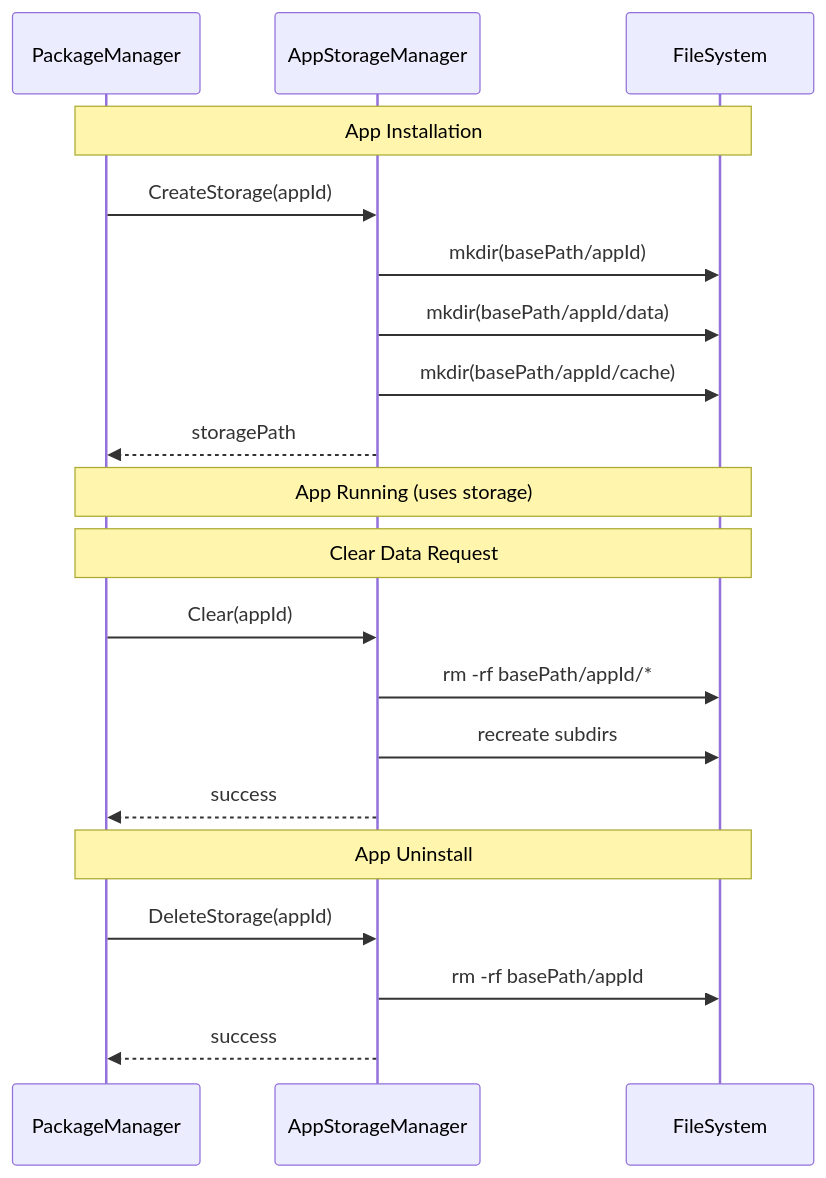
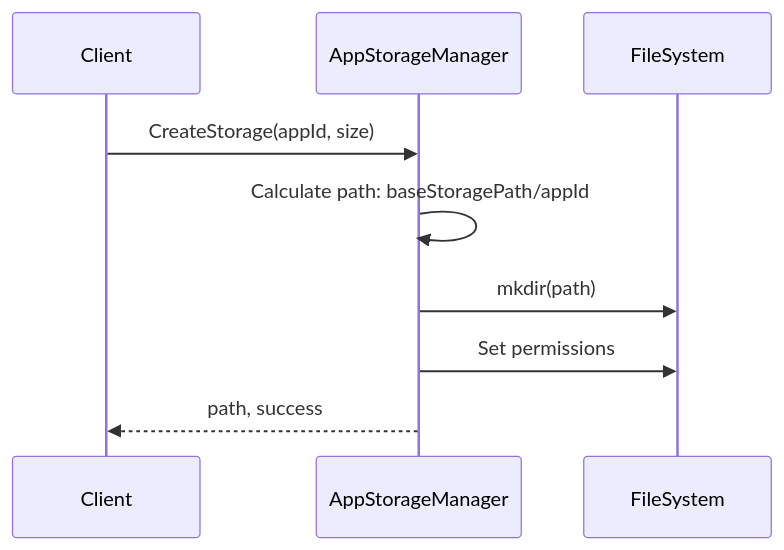
One commit to rdkcentral/entservices-appmanagers changed the second of 4 diagrams in AppStorageManager/AppStorageManager.md. Above: the diagram before and after it, drawn with Mermaid. The commit also changed other lines of this file and 19 other files, not shown here.

````diff
--- a/AppStorageManager/AppStorageManager.md
+++ b/AppStorageManager/AppStorageManager.md
@@ -139,26 +130,12 @@
 ```mermaid
 sequenceDiagram
-    participant PkgMgr as PackageManager
-    participant AppStorMgr as AppStorageManager
+    participant Client
+    participant ASM as AppStorageManager
     participant FS as FileSystem
 
-    Note over PkgMgr,FS: App Installation
-    PkgMgr->>AppStorMgr: CreateStorage(appId)
-    AppStorMgr->>FS: mkdir(basePath/appId)
-    AppStorMgr->>FS: mkdir(basePath/appId/data)
-    AppStorMgr->>FS: mkdir(basePath/appId/cache)
-    AppStorMgr-->>PkgMgr: storagePath
-
-    Note over PkgMgr,FS: App Running (uses storage)
-
-    Note over PkgMgr,FS: Clear Data Request
-    PkgMgr->>AppStorMgr: Clear(appId)
-    AppStorMgr->>FS: rm -rf basePath/appId/*
-    AppStorMgr->>FS: recreate subdirs
-    AppStorMgr-->>PkgMgr: success
-
-    Note over PkgMgr,FS: App Uninstall
-    PkgMgr->>AppStorMgr: DeleteStorage(appId)
-    AppStorMgr->>FS: rm -rf basePath/appId
-    AppStorMgr-->>PkgMgr: success
+    Client->>ASM: CreateStorage(appId, size)
+    ASM->>ASM: Calculate path: baseStoragePath/appId
+    ASM->>FS: mkdir(path)
+    ASM->>FS: Set permissions
+    ASM-->>Client: path, success
 ```
````
